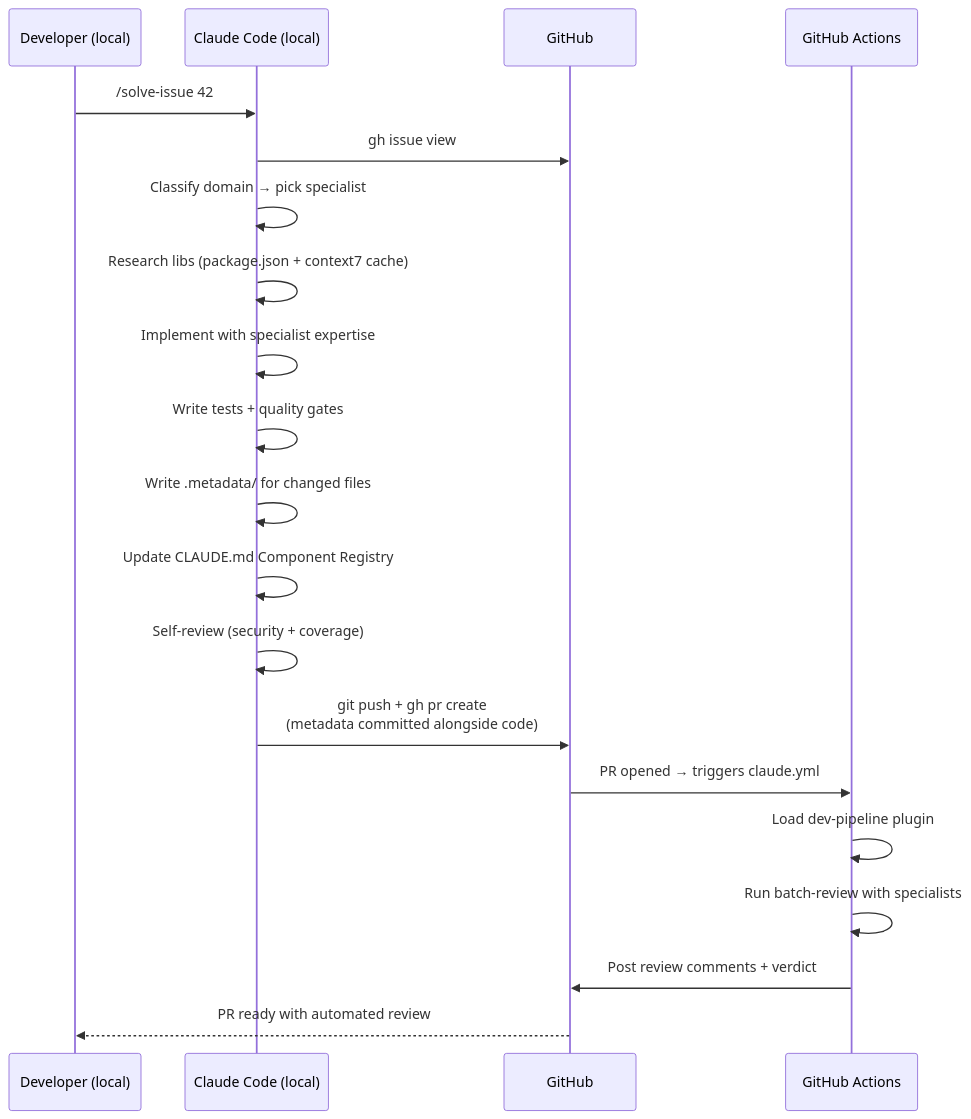
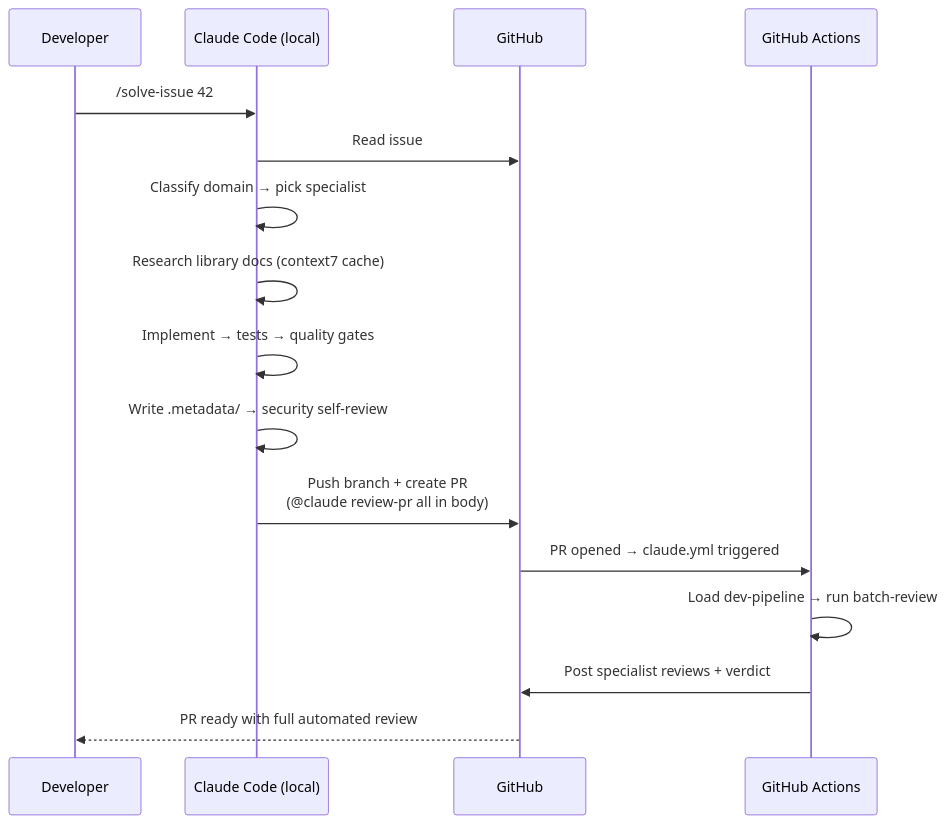
The second of 2 diagrams in README.md (lucianfialho/atomic-gates), drawn with Mermaid before and after one commit. The commit also changed other lines of this file, not shown here.

Commit message:
docs: rewrite README — cleaner structure, fix diagram numbering, consistent commands

````diff
--- a/README.md
+++ b/README.md
@@ -166,23 +109,19 @@
 ```mermaid
 sequenceDiagram
-    participant Dev as Developer (local)
+    participant Dev as Developer
     participant CC as Claude Code (local)
     participant GH as GitHub
     participant GHA as GitHub Actions
 
     Dev->>CC: /solve-issue 42
-    CC->>GH: gh issue view #42
+    CC->>GH: Read issue #42
     CC->>CC: Classify domain → pick specialist
-    CC->>CC: Research libs (package.json + context7 cache)
-    CC->>CC: Implement with specialist expertise
-    CC->>CC: Write tests + quality gates
-    CC->>CC: Write .metadata/ for changed files
-    CC->>CC: Update CLAUDE.md Component Registry
-    CC->>CC: Self-review (security + coverage)
-    CC->>GH: git push + gh pr create<br/>(metadata committed alongside code)
-    GH->>GHA: PR opened → triggers claude.yml
-    GHA->>GHA: Load dev-pipeline plugin
-    GHA->>GHA: Run batch-review with specialists
-    GHA->>GH: Post review comments + verdict
-    GH-->>Dev: PR ready with automated review
+    CC->>CC: Research library docs (context7 cache)
+    CC->>CC: Implement → tests → quality gates
+    CC->>CC: Write .metadata/ → security self-review
+    CC->>GH: Push branch + create PR<br/>(@claude review-pr all in body)
+    GH->>GHA: PR opened → claude.yml triggered
+    GHA->>GHA: Load dev-pipeline → run batch-review
+    GHA->>GH: Post specialist reviews + verdict
+    GH-->>Dev: PR ready with full automated review
 ```
````
